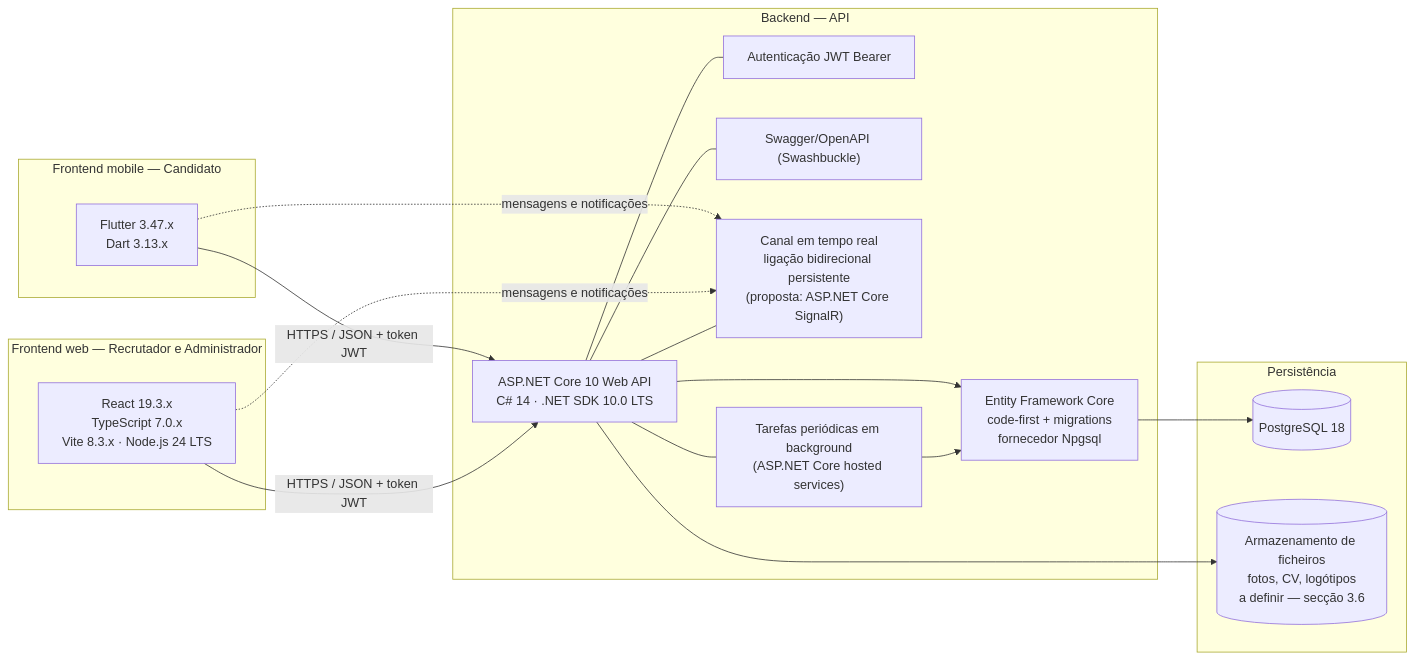
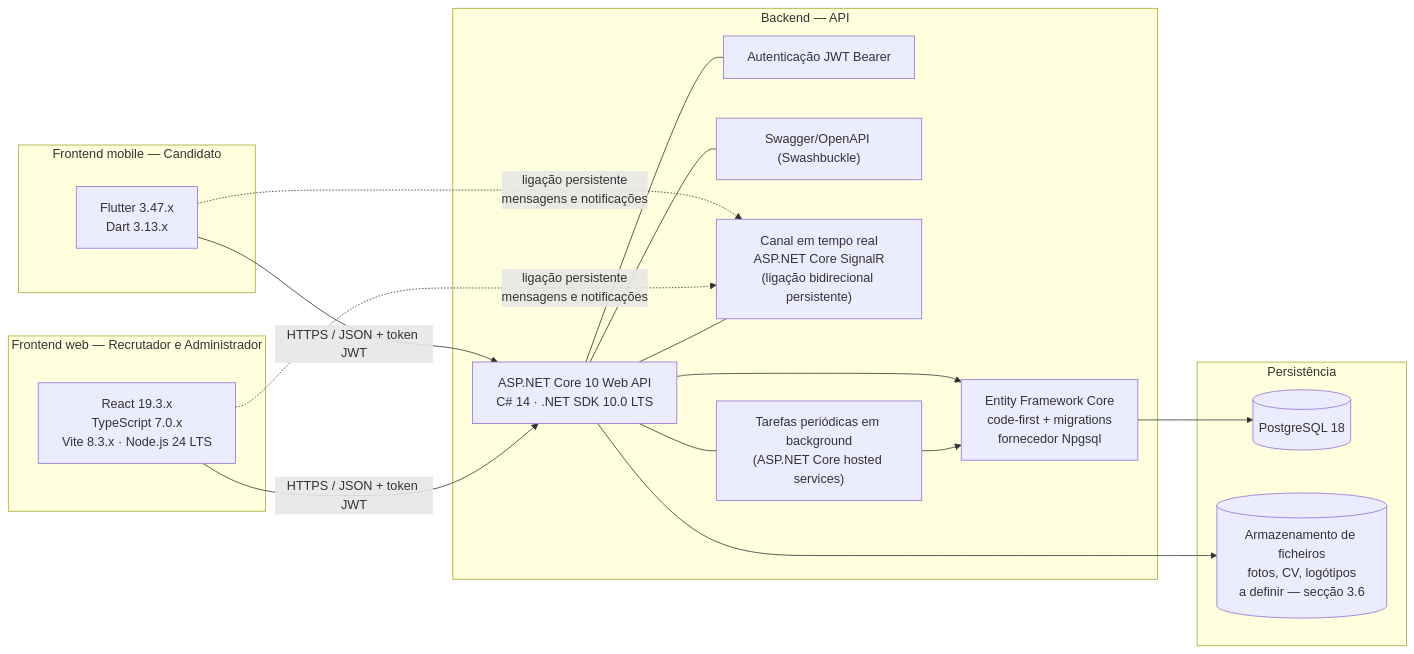
One commit to katch-lds/katch-docs changed the second of 2 diagrams in 04-artefactos-tecnicos/04.05-arquitetura/m2-documentacao-arquitetura-v01.md. Above: the diagram before and after it, drawn with Mermaid. The commit also changed other lines of this file, not shown here.

````diff
--- a/04-artefactos-tecnicos/04.05-arquitetura/m2-documentacao-arquitetura-v01.md
+++ b/04-artefactos-tecnicos/04.05-arquitetura/m2-documentacao-arquitetura-v01.md
@@ -192,32 +192,32 @@
 ```mermaid
 flowchart LR
     subgraph Mobile["Frontend mobile — Candidato"]
         M1["Flutter 3.47.x<br/>Dart 3.13.x"]
     end
     subgraph Web["Frontend web — Recrutador e Administrador"]
         W1["React 19.3.x<br/>TypeScript 7.0.x<br/>Vite 8.3.x · Node.js 24 LTS"]
     end
     subgraph Backend["Backend — API"]
         B1["ASP.NET Core 10 Web API<br/>C# 14 · .NET SDK 10.0 LTS"]
         B2["Autenticação JWT Bearer"]
         B3["Swagger/OpenAPI (Swashbuckle)"]
         B4["Entity Framework Core<br/>code-first + migrations<br/>fornecedor Npgsql"]
-        B5["Canal em tempo real<br/>ligação bidirecional persistente<br/>(proposta: ASP.NET Core SignalR)"]
+        B5["Canal em tempo real<br/>ASP.NET Core SignalR<br/>(ligação bidirecional persistente)"]
         B6["Tarefas periódicas em background<br/>(ASP.NET Core hosted services)"]
     end
     subgraph Dados["Persistência"]
         D1[("PostgreSQL 18")]
         D2[("Armazenamento de ficheiros<br/>fotos, CV, logótipos<br/>a definir — secção 3.6")]
     end
     M1 -- "HTTPS / JSON + token JWT" --> B1
     W1 -- "HTTPS / JSON + token JWT" --> B1
-    M1 -. "mensagens e notificações" .-> B5
-    W1 -. "mensagens e notificações" .-> B5
+    M1 -. "ligação persistente<br/>mensagens e notificações" .-> B5
+    W1 -. "ligação persistente<br/>mensagens e notificações" .-> B5
     B1 --- B2
     B1 --- B3
     B1 --- B5
     B1 --- B6
     B1 --> B4 --> D1
     B1 --> D2
     B6 --> B4
 ```
````
